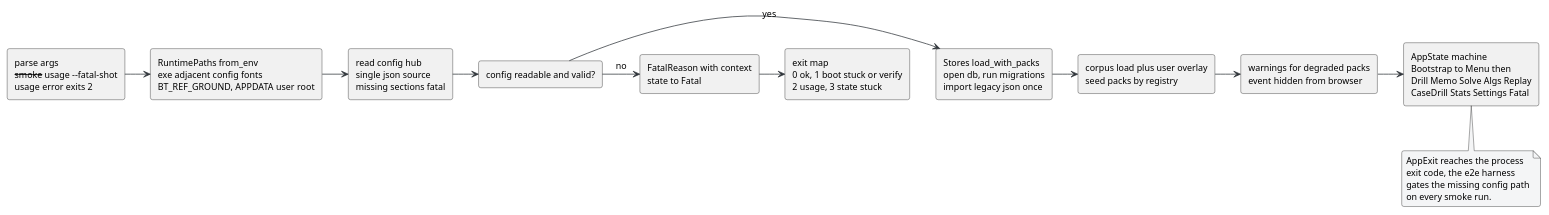
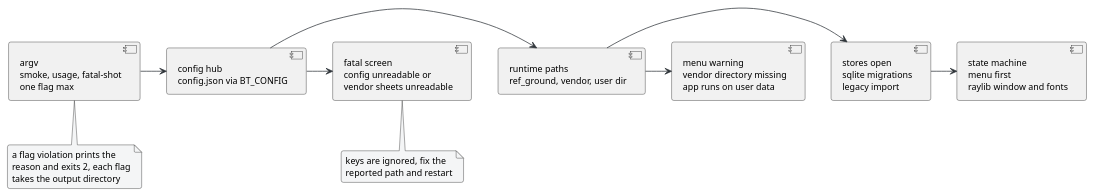
Before and after one commit to lavantien/blind-trainer: the diagram in docs/diagrams/06-app-boot.puml, drawn with PlantUML. The commit also changed 20 other files, not shown here.

Commit message:
docs(diagrams): current architecture sources, rendered pngs, badge states

```diff
--- a/docs/diagrams/06-app-boot.puml
+++ b/docs/diagrams/06-app-boot.puml
@@ -1,33 +1,30 @@
 @startuml 06-app-boot
 skinparam backgroundColor #FFFFFF
 skinparam defaultFontName Segoe UI
 skinparam defaultFontSize 12
 skinparam roundCorner 6
 skinparam ArrowColor #2f3439
 skinparam NoteBackgroundColor #f4f5f6
-rectangle "parse args\n--smoke --usage --fatal-shot\nusage error exits 2" as args
-rectangle "RuntimePaths from_env\nexe adjacent config fonts\nBT_REF_GROUND, APPDATA user root" as paths
-rectangle "read config hub\nsingle json source\nmissing sections fatal" as readcfg
-rectangle "config readable and valid?" as valid
-rectangle "Stores load_with_packs\nopen db, run migrations\nimport legacy json once" as stores
-rectangle "corpus load plus user overlay\nseed packs by registry" as corpus
-rectangle "warnings for degraded packs\nevent hidden from browser" as warnings
-rectangle "AppState machine\nBootstrap to Menu then\nDrill Memo Solve Algs Replay\nCaseDrill Stats Settings Fatal" as machine
-rectangle "FatalReason with context\nstate to Fatal" as fatal
-rectangle "exit map\n0 ok, 1 boot stuck or verify\n2 usage, 3 state stuck" as exitmap
-args -> paths
-paths -> readcfg
-readcfg -> valid
-valid -> stores : yes
-valid -> fatal : no
-stores -> corpus
-corpus -> warnings
-warnings -> machine
-fatal -> exitmap
-note bottom of machine
-  AppExit reaches the process
-  exit code, the e2e harness
-  gates the missing config path
-  on every smoke run.
+component "argv\nsmoke, usage, fatal-shot\none flag max" as argv
+component "config hub\nconfig.json via BT_CONFIG" as config
+component "runtime paths\nref_ground, vendor, user dir" as paths
+component "stores open\nsqlite migrations\nlegacy import" as stores
+component "state machine\nmenu first\nraylib window and fonts" as machine
+component "fatal screen\nconfig unreadable or\nvendor sheets unreadable" as fatal
+component "menu warning\nvendor directory missing\napp runs on user data" as warn
+argv -> config
+config -> paths
+paths -> stores
+stores -> machine
+config -> fatal
+paths -> warn
+note bottom of argv
+  a flag violation prints the
+  reason and exits 2, each flag
+  takes the output directory
+end note
+note bottom of fatal
+  keys are ignored, fix the
+  reported path and restart
 end note
 @enduml
```
